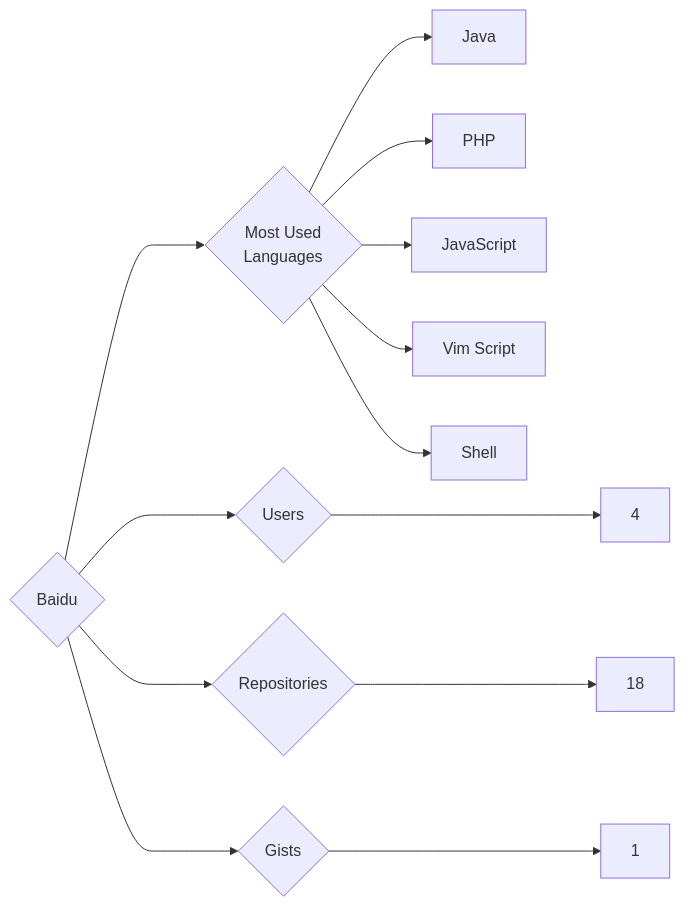
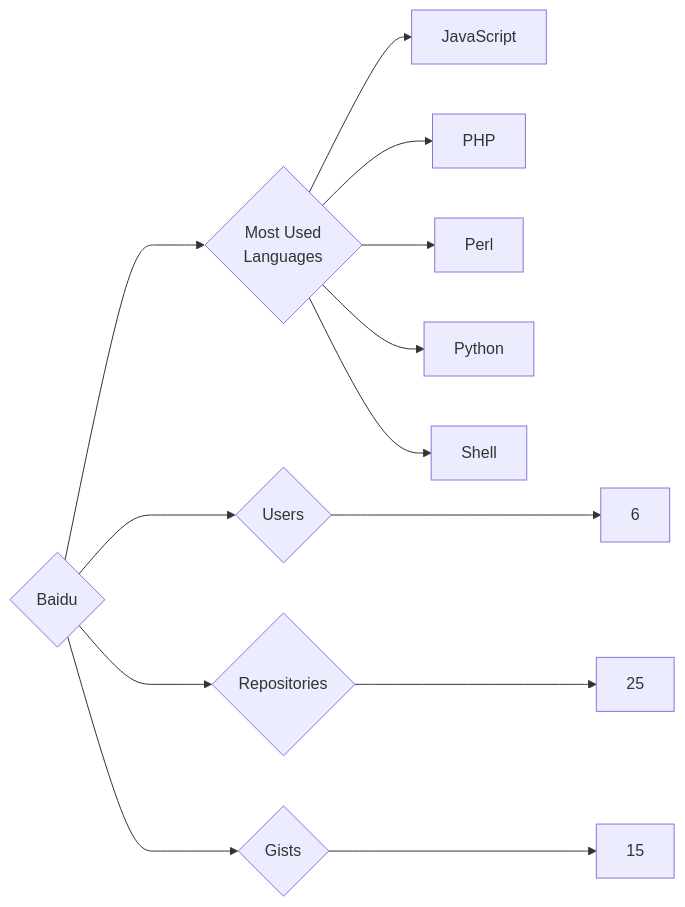
One commit to trickest/insiders changed the diagram in targets/Baidu/README.md. Above: the diagram before and after it, drawn with Mermaid. The commit also changed 815 other files, not shown here.

````diff
--- a/targets/Baidu/README.md
+++ b/targets/Baidu/README.md
@@ -3,13 +3,13 @@
 ```mermaid
 graph LR
 COMPANY_NAME{Baidu}
-COMPANY_NAME ---> U{Users} ---> UN[4]
-COMPANY_NAME ---> R{Repositories} ---> RN[18]
-COMPANY_NAME ---> G{Gists} ---> GN[1]
+COMPANY_NAME ---> U{Users} ---> UN[6]
+COMPANY_NAME ---> R{Repositories} ---> RN[25]
+COMPANY_NAME ---> G{Gists} ---> GN[15]
 COMPANY_NAME ---> ML{Most Used<br>Languages}
-ML --> Java[Java]
+ML --> JavaScript[JavaScript]
 ML --> PHP[PHP]
-ML --> JavaScript[JavaScript]
-ML --> Vim_Script[Vim Script]
+ML --> Perl[Perl]
+ML --> Python[Python]
 ML --> Shell[Shell]
 ```
````
